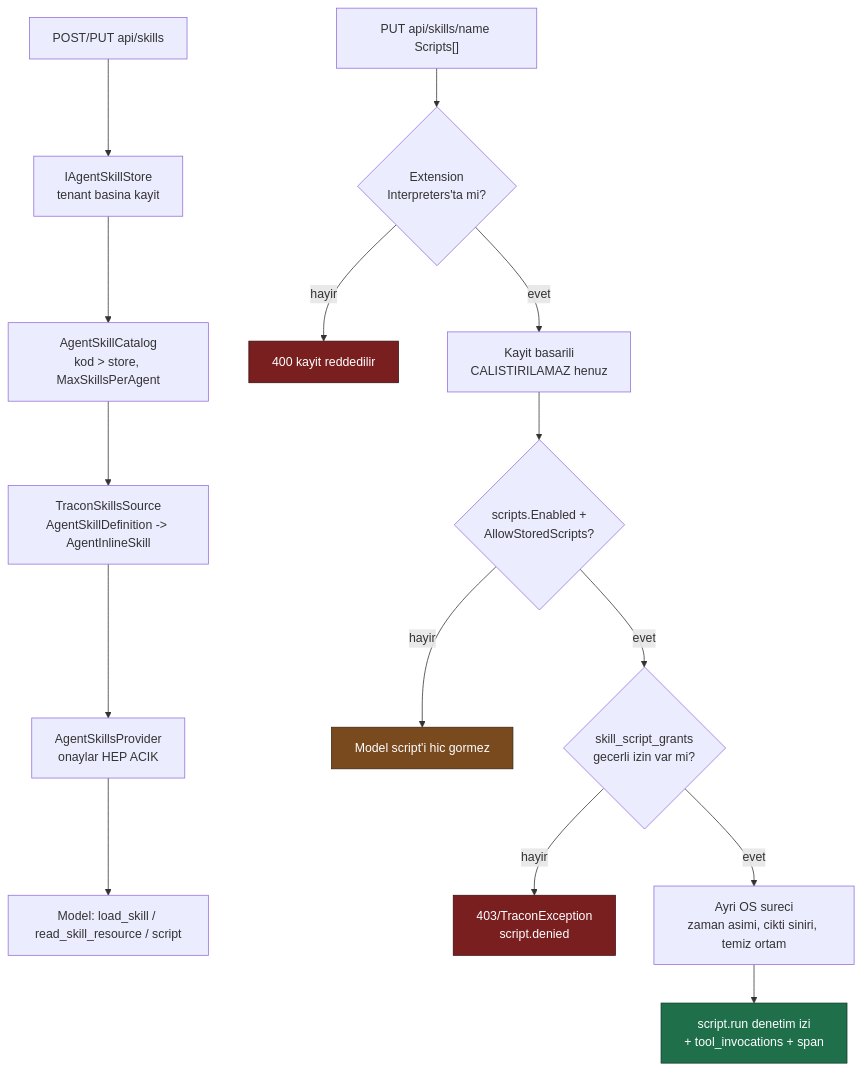
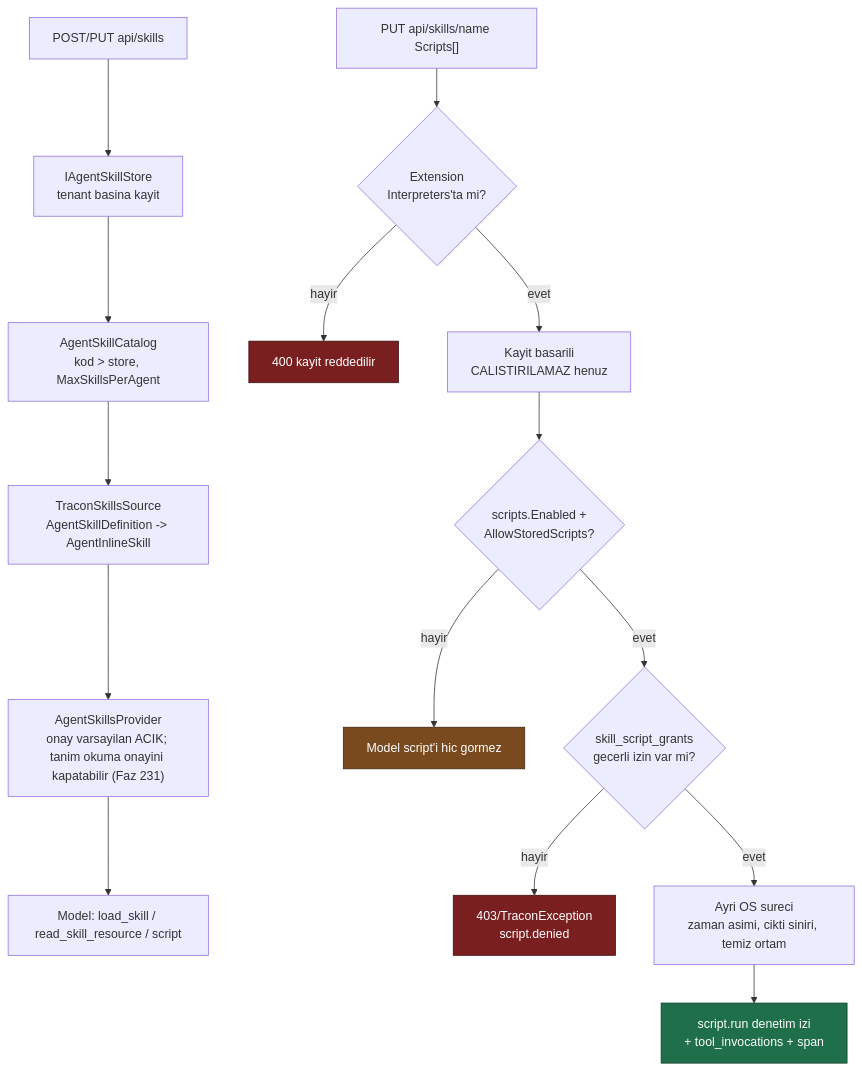
The diagram in docs/manuel-test/14-SKILL-VE-SCRIPT.md (farukatasoy/Tracon), drawn with Mermaid before and after one commit. The commit also changed other lines of this file and 65 other files, not shown here.

````diff
--- a/docs/manuel-test/14-SKILL-VE-SCRIPT.md
+++ b/docs/manuel-test/14-SKILL-VE-SCRIPT.md
@@ -41,23 +41,23 @@
 ```mermaid
 flowchart TD
     A["POST/PUT api/skills"] --> B["IAgentSkillStore<br/>tenant basina kayit"]
     B --> C["AgentSkillCatalog<br/>kod > store, MaxSkillsPerAgent"]
     C --> D["TraconSkillsSource<br/>AgentSkillDefinition -> AgentInlineSkill"]
-    D --> E["AgentSkillsProvider<br/>onaylar HEP ACIK"]
+    D --> E["AgentSkillsProvider<br/>onay varsayilan ACIK; tanim okuma onayini kapatabilir (Faz 231)"]
     E --> F["Model: load_skill / read_skill_resource / script"]
 
     G["PUT api/skills/name Scripts[]"] --> H{"Extension<br/>Interpreters'ta mi?"}
     H -- "hayir" --> HX["400 kayit reddedilir"]
     H -- "evet" --> I["Kayit basarili<br/>CALISTIRILAMAZ henuz"]
     I --> J{"scripts.Enabled +<br/>AllowStoredScripts?"}
     J -- "hayir" --> JX["Model script'i hic gormez"]
     J -- "evet" --> K{"skill_script_grants<br/>gecerli izin var mi?"}
     K -- "hayir" --> KX["403/TraconException<br/>script.denied"]
     K -- "evet" --> L["Ayri OS sureci<br/>zaman asimi, cikti siniri, temiz ortam"]
     L --> M["script.run denetim izi<br/>+ tool_invocations + span"]
 
     style HX fill:#7a1f1f,stroke:#3d0f0f,color:#ffffff
     style JX fill:#7a4a1f,stroke:#3d250f,color:#ffffff
     style KX fill:#7a1f1f,stroke:#3d0f0f,color:#ffffff
     style M fill:#1f6f4a,stroke:#0d3b27,color:#ffffff
 ```
````
